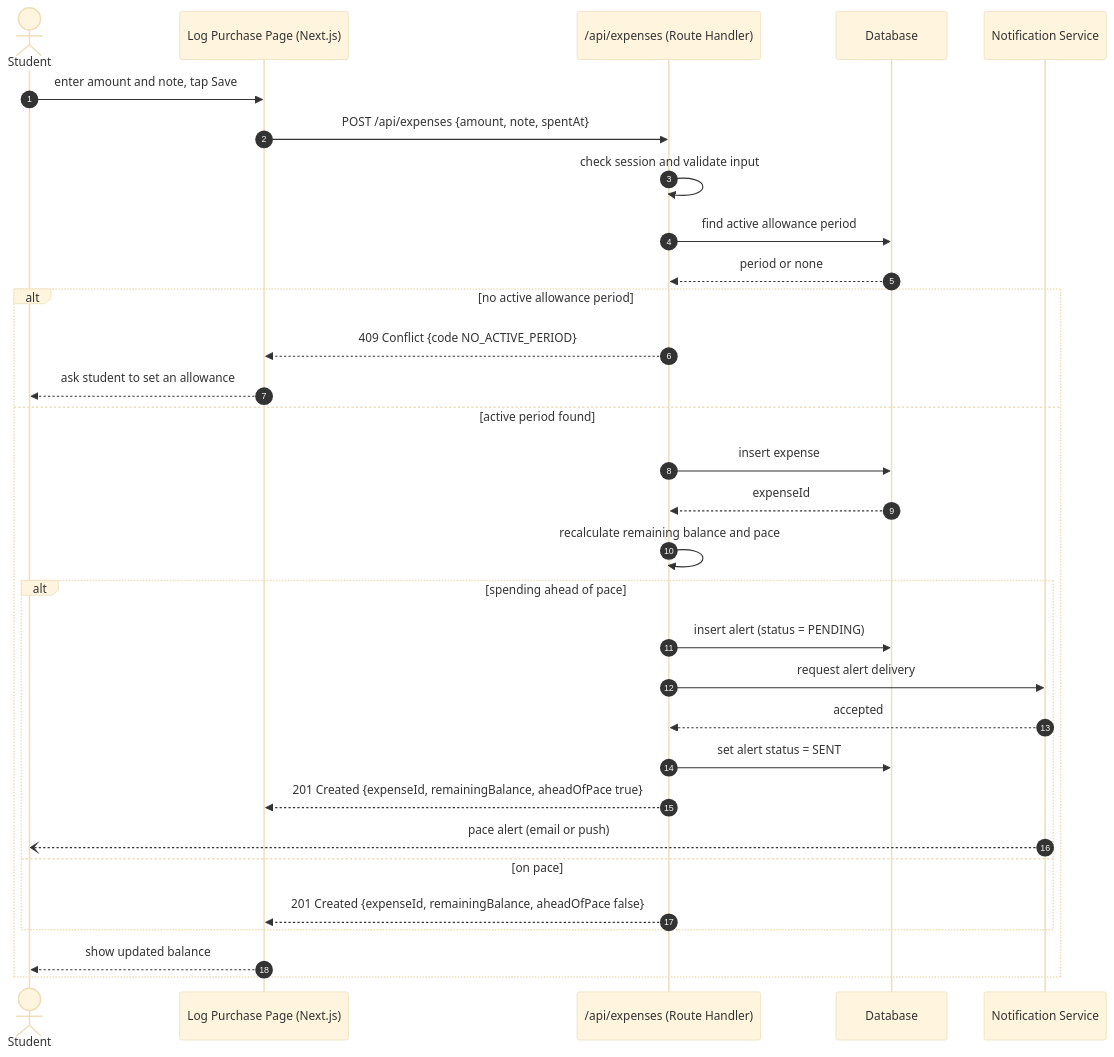
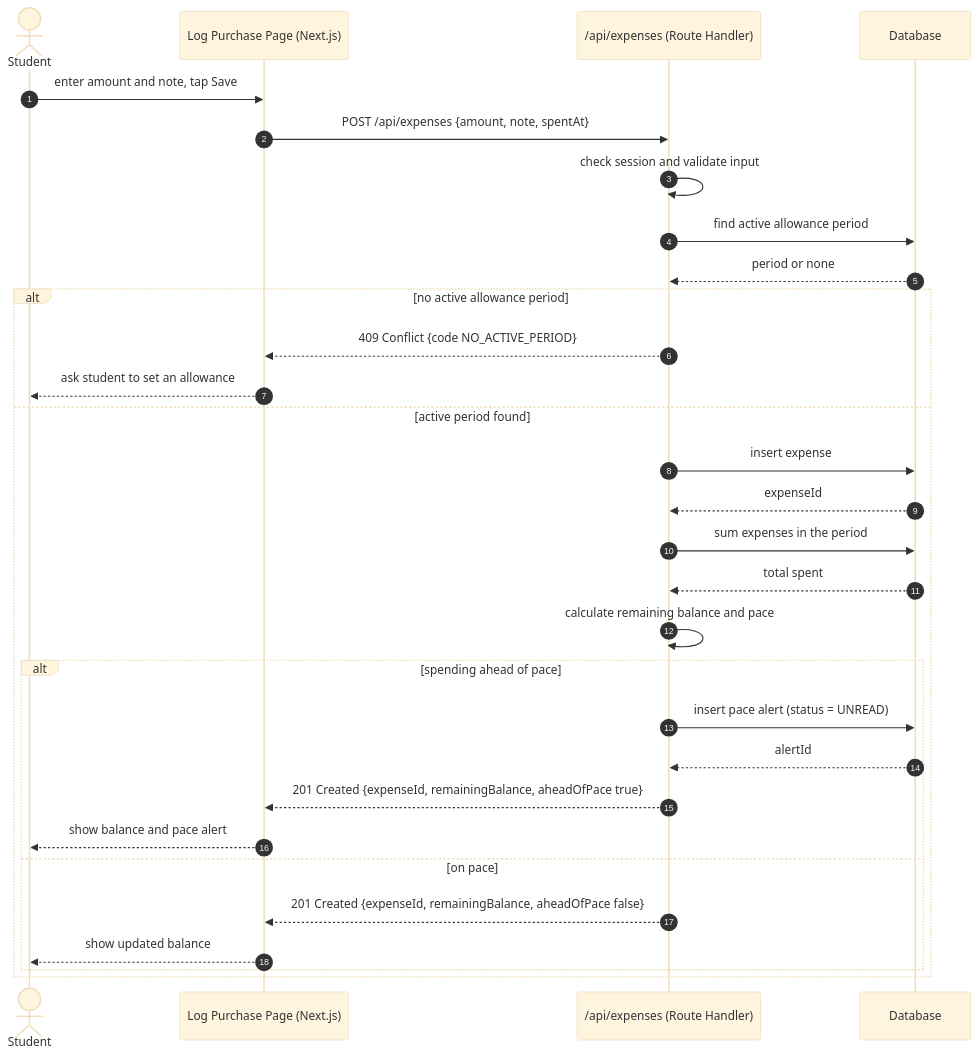
One commit to angelalegria626-maker/budget-tracker-ryzza changed the diagram in docs/architecture/sequence.md. Above: the diagram before and after it, drawn with Mermaid (base theme). The commit also changed other lines of this file, not shown here.

````diff
--- a/docs/architecture/sequence.md
+++ b/docs/architecture/sequence.md
@@ -3,33 +3,32 @@
 ```mermaid
 sequenceDiagram
   autonumber
   actor S as Student
   participant UI as Log Purchase Page (Next.js)
   participant API as /api/expenses (Route Handler)
   participant DB as Database
-  participant NS as Notification Service
   S->>UI: enter amount and note, tap Save
   UI->>API: POST /api/expenses {amount, note, spentAt}
   API->>API: check session and validate input
   API->>DB: find active allowance period
   DB-->>API: period or none
   alt no active allowance period
     API-->>UI: 409 Conflict {code NO_ACTIVE_PERIOD}
     UI-->>S: ask student to set an allowance
   else active period found
     API->>DB: insert expense
     DB-->>API: expenseId
-    API->>API: recalculate remaining balance and pace
+    API->>DB: sum expenses in the period
+    DB-->>API: total spent
+    API->>API: calculate remaining balance and pace
     alt spending ahead of pace
-      API->>DB: insert alert (status = PENDING)
-      API->>NS: request alert delivery
-      NS-->>API: accepted
-      API->>DB: set alert status = SENT
+      API->>DB: insert pace alert (status = UNREAD)
+      DB-->>API: alertId
       API-->>UI: 201 Created {expenseId, remainingBalance, aheadOfPace true}
-      NS--)S: pace alert (email or push)
+      UI-->>S: show balance and pace alert
     else on pace
       API-->>UI: 201 Created {expenseId, remainingBalance, aheadOfPace false}
+      UI-->>S: show updated balance
     end
-    UI-->>S: show updated balance
   end
 ```
````
